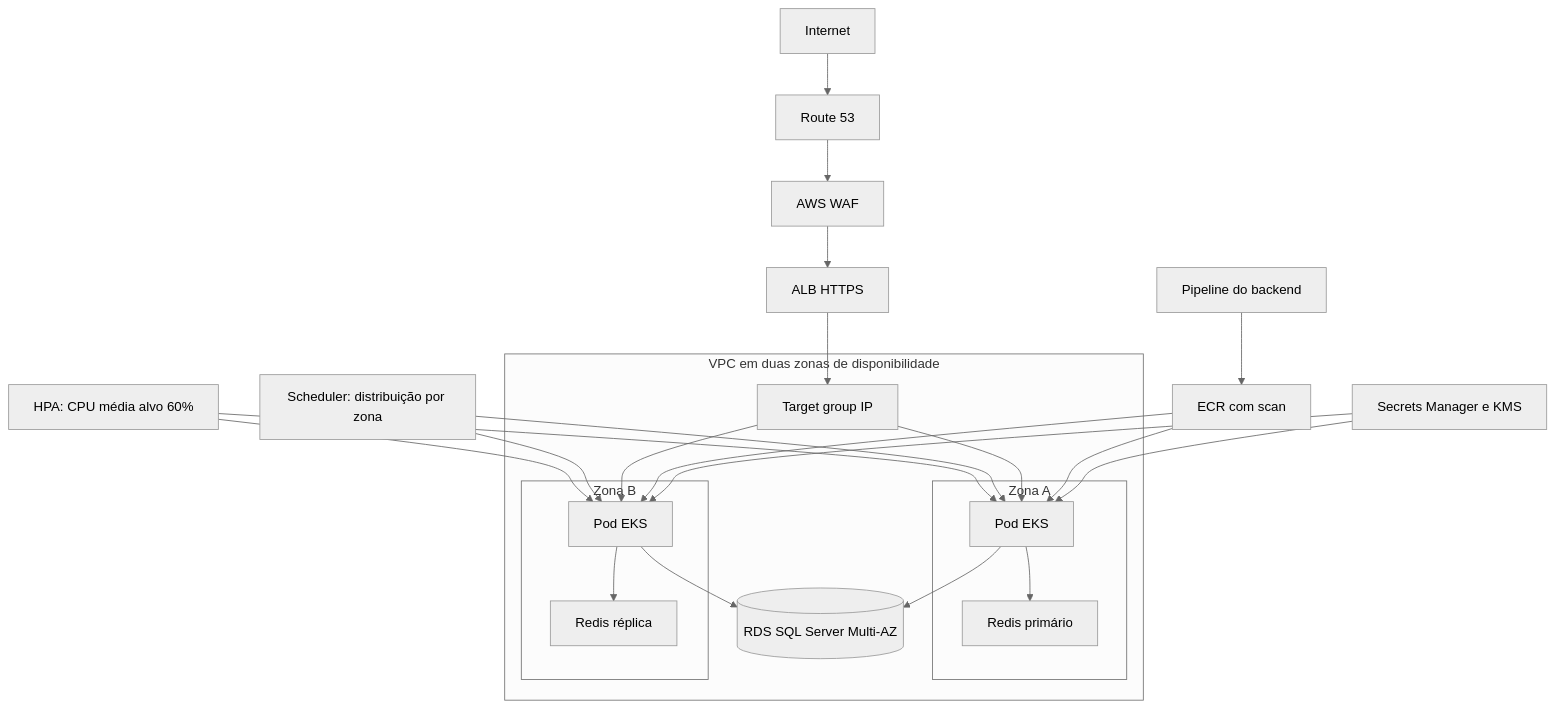
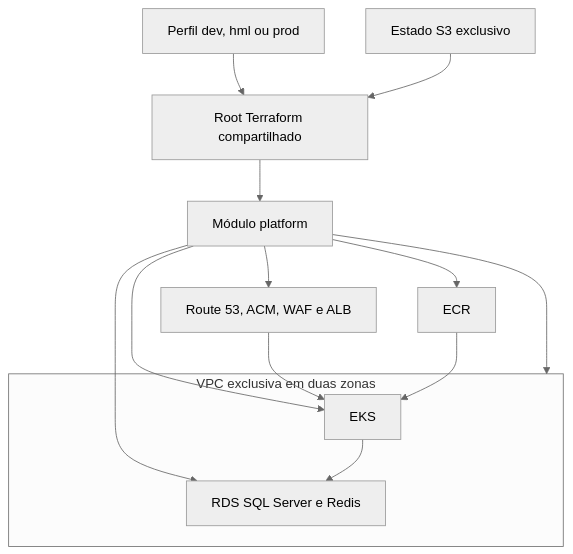
The diagram in architecture/architecture.md (wellingtonfds/shipment-tracking-infra), drawn with Mermaid (neutral theme) before and after one commit. The commit also changed other lines of this file and 28 other files, not shown here.

````diff
--- a/architecture/architecture.md
+++ b/architecture/architecture.md
@@ -3,34 +3,18 @@
 ```mermaid
 flowchart TB
-  Internet --> DNS[Route 53]
-  DNS --> WAF[AWS WAF]
-  WAF --> ALB[ALB HTTPS]
-  ALB --> TG[Target group IP]
-  HPA[HPA: CPU média alvo 60%] --> PodA
-  HPA --> PodB
-  Scheduler[Scheduler: distribuição por zona] --> PodA
-  Scheduler --> PodB
+  Config[Perfil dev, hml ou prod] --> Root[Root Terraform compartilhado]
+  State[Estado S3 exclusivo] --> Root
+  Root --> Module[Módulo platform]
+  Module --> VPC
+  Module --> Edge[Route 53, ACM, WAF e ALB]
+  Module --> EKS
+  Module --> Data[RDS SQL Server e Redis]
+  Module --> ECR
 
-  subgraph VPC[VPC em duas zonas de disponibilidade]
-    subgraph A[Zona A]
-      PodA[Pod EKS]
-      RedisA[Redis primário]
-    end
-    subgraph B[Zona B]
-      PodB[Pod EKS]
-      RedisB[Redis réplica]
-    end
-    TG --> PodA
-    TG --> PodB
-    PodA --> DB[(RDS SQL Server Multi-AZ)]
-    PodB --> DB
-    PodA --> RedisA
-    PodB --> RedisB
+  subgraph VPC[VPC exclusiva em duas zonas]
+    EKS --> Data
   end
 
-  Pipeline[Pipeline do backend] --> ECR[ECR com scan]
-  ECR --> PodA
-  ECR --> PodB
-  Secrets[Secrets Manager e KMS] --> PodA
-  Secrets --> PodB
+  Edge --> EKS
+  ECR --> EKS
 ```
````
